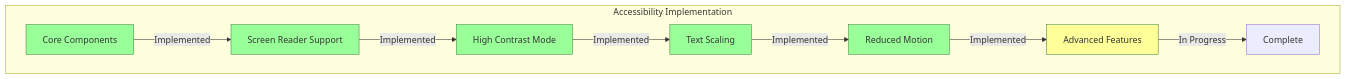
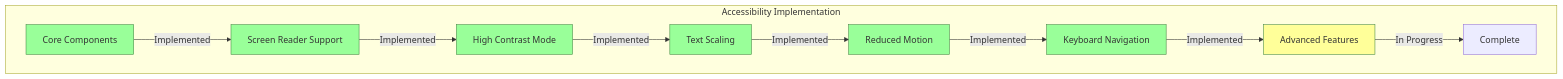
One commit to Rosewood1985/ai-sports-edge changed the second of 5 diagrams in comprehensive-ai-sports-edge-documentation.md. Above: the diagram before and after it, drawn with Mermaid. The commit also changed other lines of this file and 7 other files, not shown here.

First line of the commit message:
Implement keyboard navigation support for accessibility

````diff
--- a/comprehensive-ai-sports-edge-documentation.md
+++ b/comprehensive-ai-sports-edge-documentation.md
@@ -1157,18 +1157,20 @@
 ```mermaid
 graph TD
     subgraph "Accessibility Implementation"
         A1[Core Components] -->|Implemented| A2
         A2[Screen Reader Support] -->|Implemented| A3
         A3[High Contrast Mode] -->|Implemented| A4
         A4[Text Scaling] -->|Implemented| A5
         A5[Reduced Motion] -->|Implemented| A6
-        A6[Advanced Features] -->|In Progress| Complete
+        A6[Keyboard Navigation] -->|Implemented| A7
+        A7[Advanced Features] -->|In Progress| Complete
 
         style A1 fill:#9f9,stroke:#484
         style A2 fill:#9f9,stroke:#484
         style A3 fill:#9f9,stroke:#484
         style A4 fill:#9f9,stroke:#484
         style A5 fill:#9f9,stroke:#484
-        style A6 fill:#ff9,stroke:#484
+        style A6 fill:#9f9,stroke:#484
+        style A7 fill:#ff9,stroke:#484
     end
 ```
````
